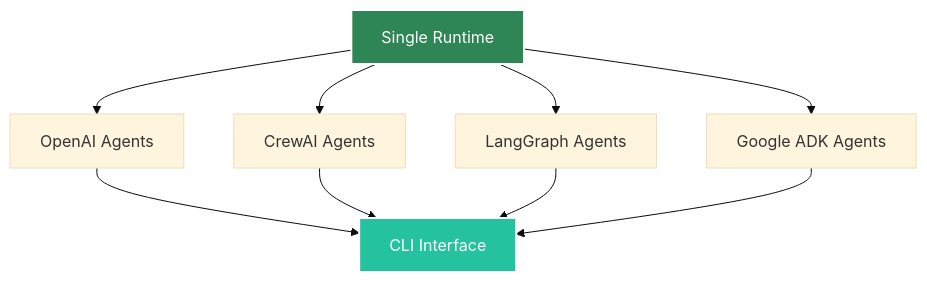
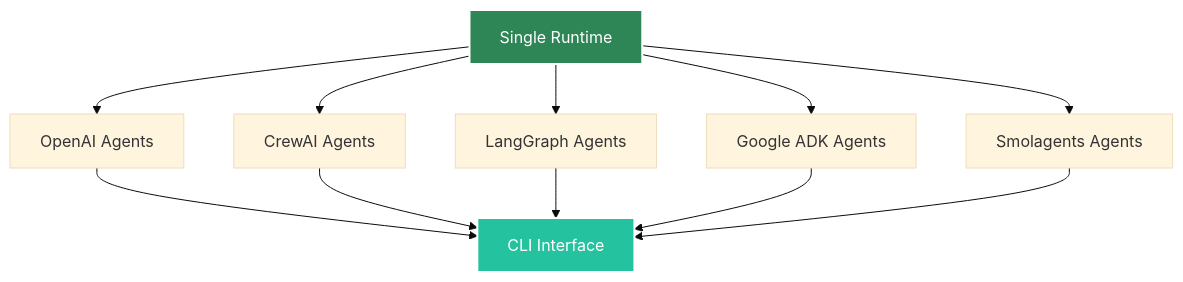
Before and after one commit to yaalalabs/agent-kernel: the diagram in docs/docs/frameworks/multi-framework.md, drawn with Mermaid (base theme). The commit also changed other lines of this file and 4 other files, not shown here.

````diff
--- a/docs/docs/frameworks/multi-framework.md
+++ b/docs/docs/frameworks/multi-framework.md
@@ -26,15 +26,17 @@
 ```mermaid
 graph TB
     A[Single Runtime] --> B[OpenAI Agents]
     A --> C[CrewAI Agents] 
     A --> D[LangGraph Agents]
     A --> E[Google ADK Agents]
+    A --> G[Smolagents Agents]
     
     B --> F[CLI Interface]
     C --> F
     D --> F
     E --> F
+    G --> F
     
     style A fill:#2e8555,stroke:#fff,stroke-width:2px,color:#fff
     style F fill:#25c2a0,stroke:#fff,stroke-width:2px,color:#fff
 ```
````
